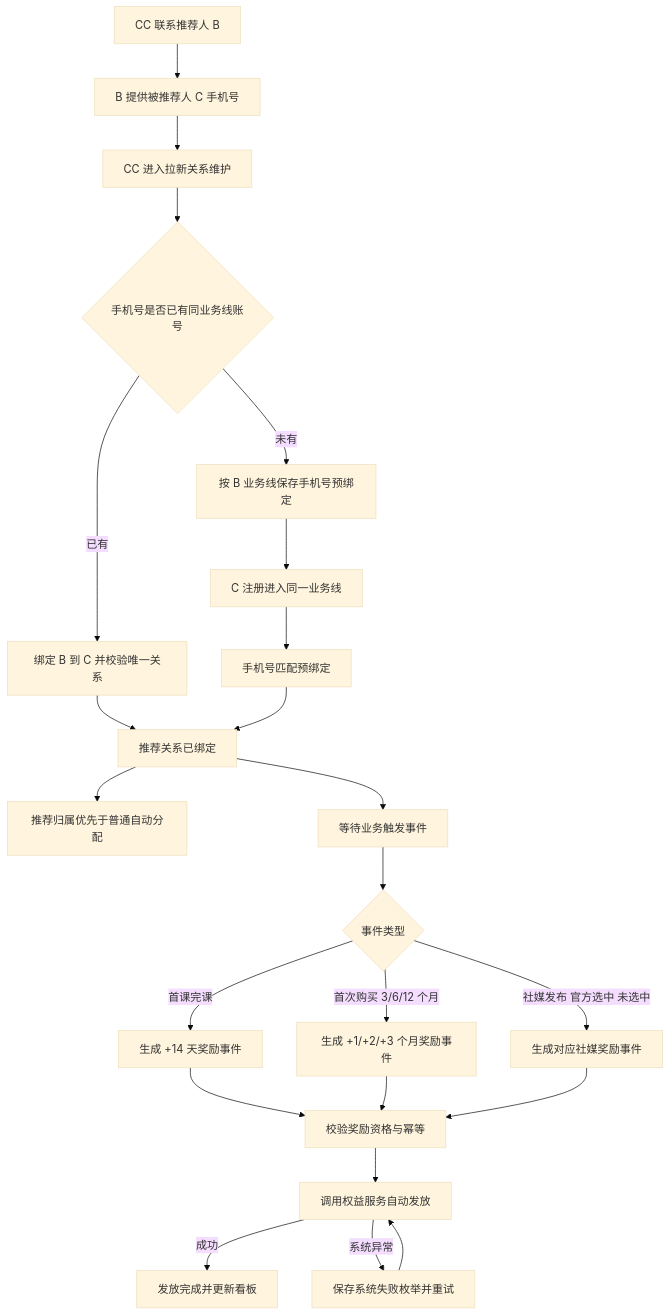
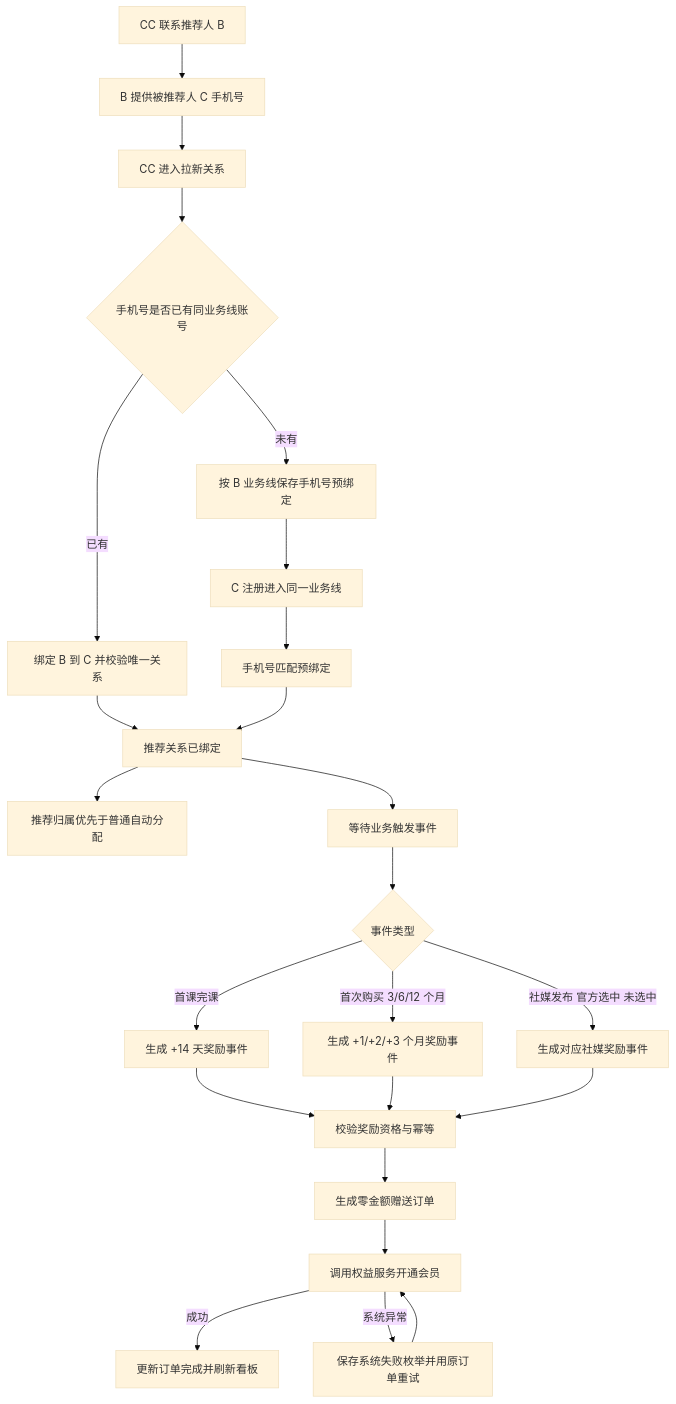
The diagram in projects/referral-growth-mvp/prd/PRD.md (h3-ai-lab/hhhprd), drawn with Mermaid (base theme) before and after one commit. The commit also changed other lines of this file and 10 other files, not shown here.

````diff
--- a/projects/referral-growth-mvp/prd/PRD.md
+++ b/projects/referral-growth-mvp/prd/PRD.md
@@ -59,25 +61,26 @@
 ```mermaid
 flowchart TD
     A[CC 联系推荐人 B] --> B[B 提供被推荐人 C 手机号]
-    B --> C[CC 进入拉新关系维护]
+    B --> C[CC 进入拉新关系]
     C --> D{手机号是否已有同业务线账号}
     D -->|已有| E[绑定 B 到 C 并校验唯一关系]
     D -->|未有| F[按 B 业务线保存手机号预绑定]
     E --> G[推荐关系已绑定]
     F --> H[C 注册进入同一业务线]
     H --> I[手机号匹配预绑定]
     I --> G
     G --> J[推荐归属优先于普通自动分配]
     G --> K[等待业务触发事件]
     K --> L{事件类型}
     L -->|首课完课| M[生成 +14 天奖励事件]
     L -->|首次购买 3/6/12 个月| N[生成 +1/+2/+3 个月奖励事件]
     L -->|社媒发布 官方选中 未选中| O[生成对应社媒奖励事件]
     M --> P[校验奖励资格与幂等]
     N --> P
     O --> P
-    P --> Q[调用权益服务自动发放]
-    Q -->|成功| R[发放完成并更新看板]
-    Q -->|系统异常| S[保存系统失败枚举并重试]
-    S --> Q
+    P --> Q[生成零金额赠送订单]
+    Q --> R[调用权益服务开通会员]
+    R -->|成功| S[更新订单完成并刷新看板]
+    R -->|系统异常| T[保存系统失败枚举并用原订单重试]
+    T --> R
 ```
````
